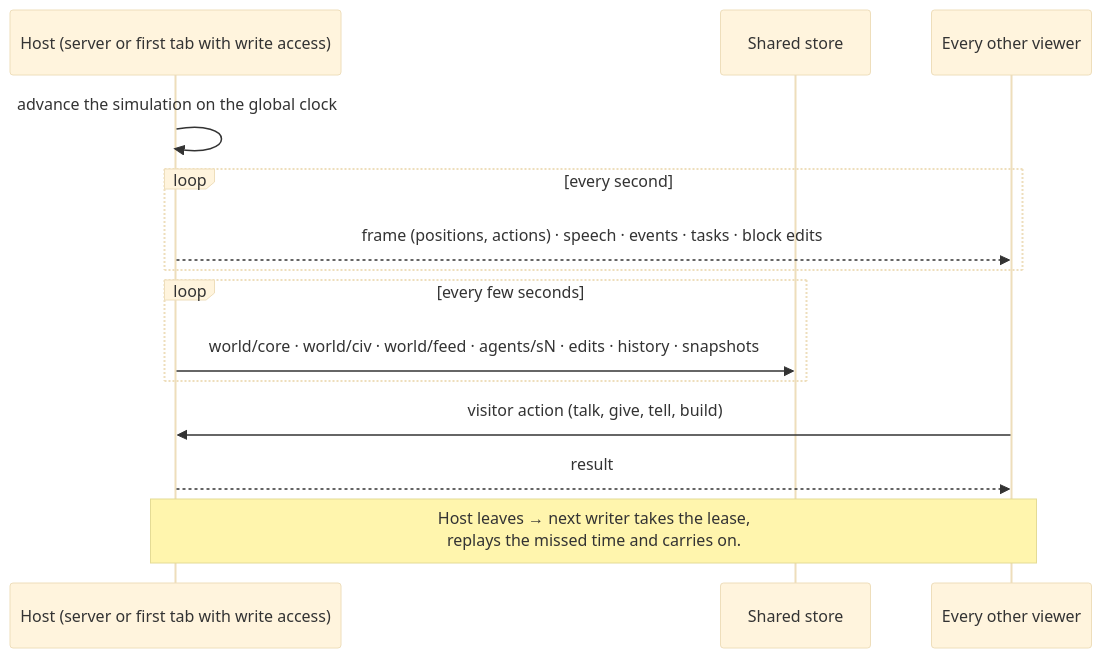
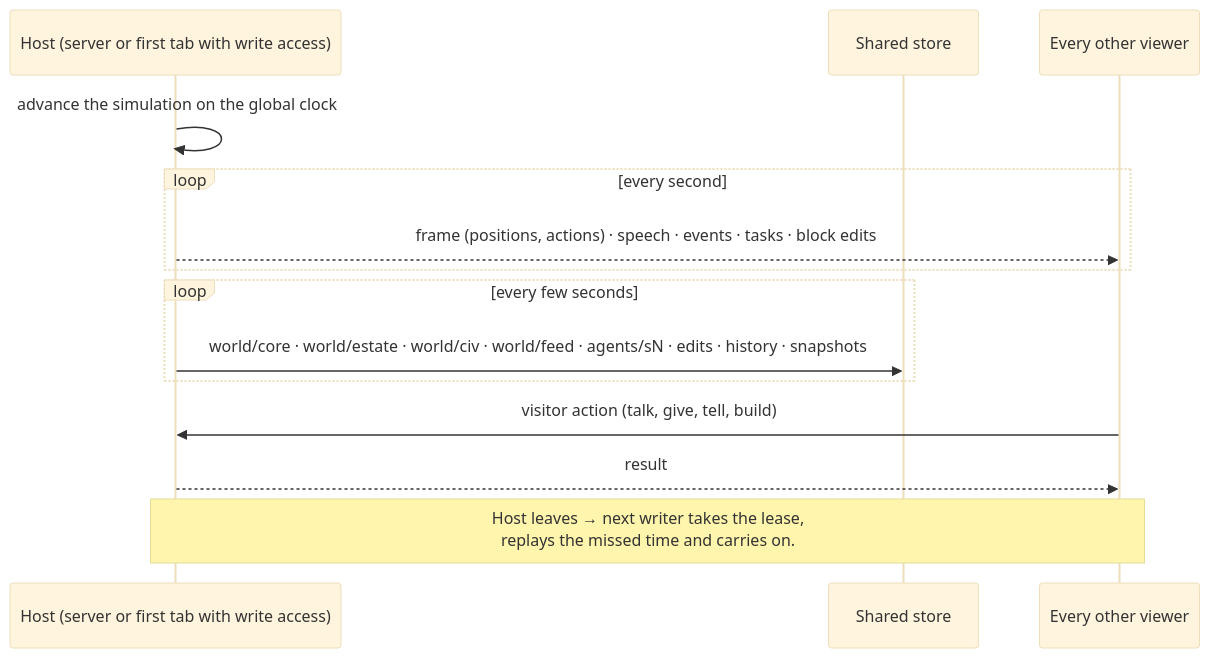
Before and after one commit to pastpita/ai-craft: the ninth of 9 diagrams in README.md, drawn with Mermaid (base theme). The commit also changed other lines of this file and 21 other files, not shown here.

````diff
--- a/README.md
+++ b/README.md
@@ -317,16 +350,16 @@
 ```mermaid
 sequenceDiagram
     participant H as Host (server or first tab with write access)
     participant DB as Shared store
     participant V as Every other viewer
     H->>H: advance the simulation on the global clock
     loop every second
       H-->>V: frame (positions, actions) · speech · events · tasks · block edits
     end
     loop every few seconds
-      H->>DB: world/core · world/civ · world/feed · agents/sN · edits · history · snapshots
+      H->>DB: world/core · world/estate · world/civ · world/feed · agents/sN · edits · history · snapshots
     end
     V->>H: visitor action (talk, give, tell, build)
     H-->>V: result
     Note over H,V: Host leaves → next writer takes the lease,<br/>replays the missed time and carries on.
 ```
````
